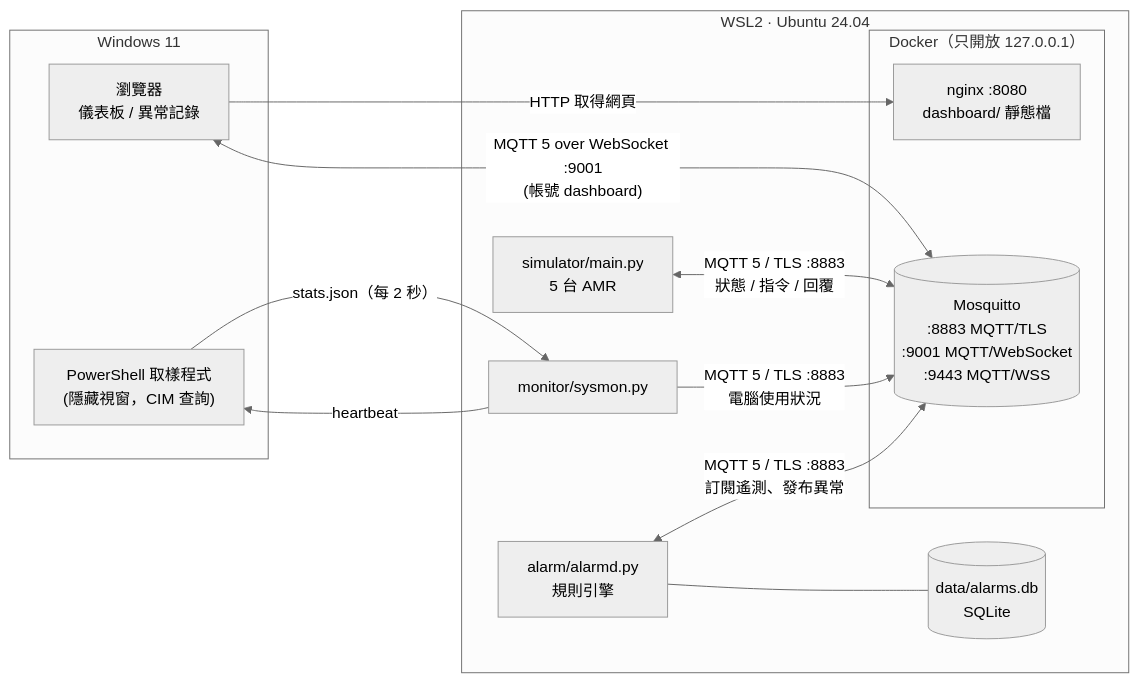
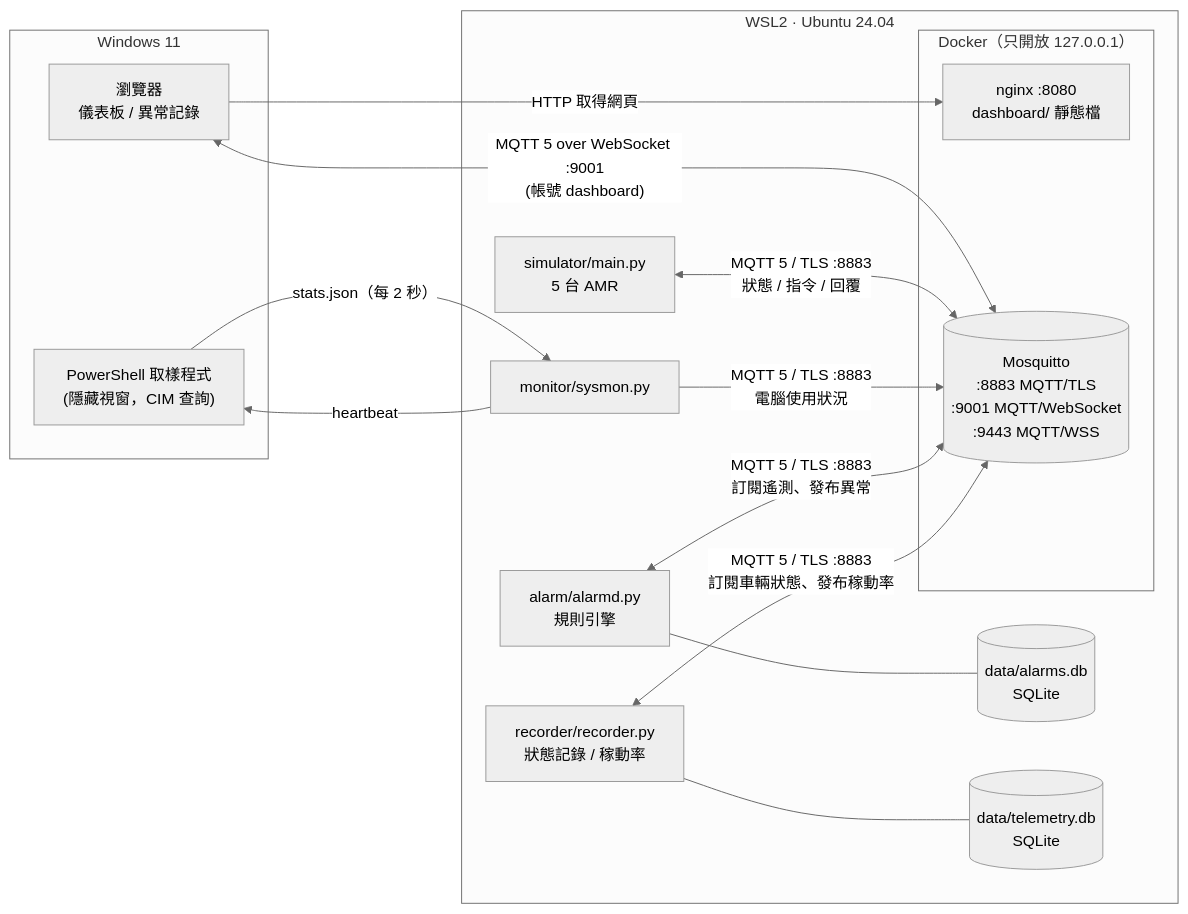
The diagram in README.md (Kaixong/amr-mqtt-monitor), drawn with Mermaid (neutral theme) before and after one commit. The commit also changed other lines of this file and 10 other files, not shown here.

First line of the commit message:
Add state recorder (SQLite) and fleet utilization on the dashboard

````diff
--- a/README.md
+++ b/README.md
@@ -57,25 +58,29 @@
 ```mermaid
 flowchart LR
   subgraph WIN["Windows 11"]
     BR["瀏覽器<br/>儀表板 / 異常記錄"]
     PS["PowerShell 取樣程式<br/>(隱藏視窗，CIM 查詢)"]
   end
   subgraph WSL["WSL2 · Ubuntu 24.04"]
     subgraph DK["Docker（只開放 127.0.0.1）"]
       NG["nginx :8080<br/>dashboard/ 靜態檔"]
       MQ[("Mosquitto<br/>:8883 MQTT/TLS<br/>:9001 MQTT/WebSocket<br/>:9443 MQTT/WSS")]
     end
     SIM["simulator/main.py<br/>5 台 AMR"]
     SYS["monitor/sysmon.py"]
     ALM["alarm/alarmd.py<br/>規則引擎"]
     DB[("data/alarms.db<br/>SQLite")]
+    REC["recorder/recorder.py<br/>狀態記錄 / 稼動率"]
+    TDB[("data/telemetry.db<br/>SQLite")]
   end
   BR -- "HTTP 取得網頁" --> NG
   BR <-- "MQTT 5 over WebSocket :9001<br/>(帳號 dashboard)" --> MQ
   SIM <-- "MQTT 5 / TLS :8883<br/>狀態 / 指令 / 回覆" --> MQ
   SYS -- "MQTT 5 / TLS :8883<br/>電腦使用狀況" --> MQ
   ALM <-- "MQTT 5 / TLS :8883<br/>訂閱遙測、發布異常" --> MQ
   ALM --- DB
+  REC <-- "MQTT 5 / TLS :8883<br/>訂閱車輛狀態、發布稼動率" --> MQ
+  REC --- TDB
   PS -- "stats.json（每 2 秒）" --> SYS
   SYS -- "heartbeat" --> PS
 ```
````
